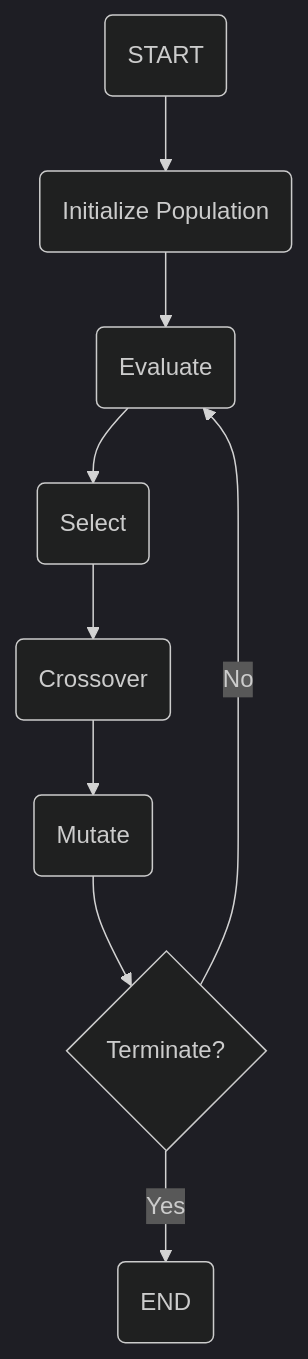
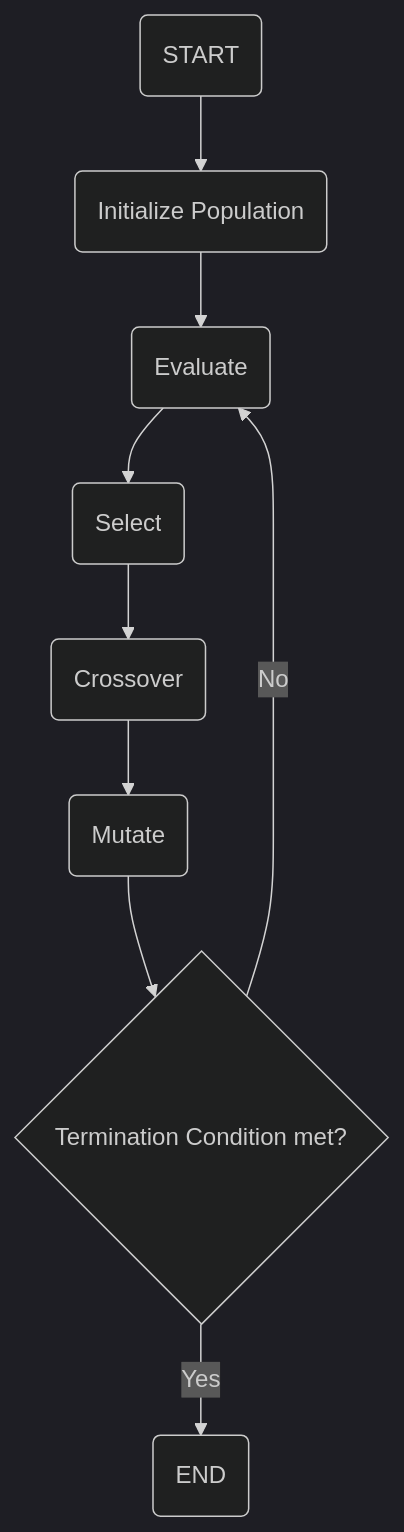
One commit to marcbentoy/uctg changed the diagram in README.md. Above: the diagram before and after it, drawn with Mermaid (dark theme).

Commit message:
update: readme

````diff
--- a/README.md
+++ b/README.md
@@ -7,11 +7,11 @@
 ```mermaid
 flowchart TD
     1(START) --> 2(Initialize Population)
     2 --> 3(Evaluate)
     3 --> 4(Select)
     4 --> 5(Crossover)
     5 --> 6(Mutate)
-    6 --> 7{Terminate?}
+    6 --> 7{Termination Condition met?}
     7 --> |No| 3
     7 --> |Yes| 8(END)
 ```
````
